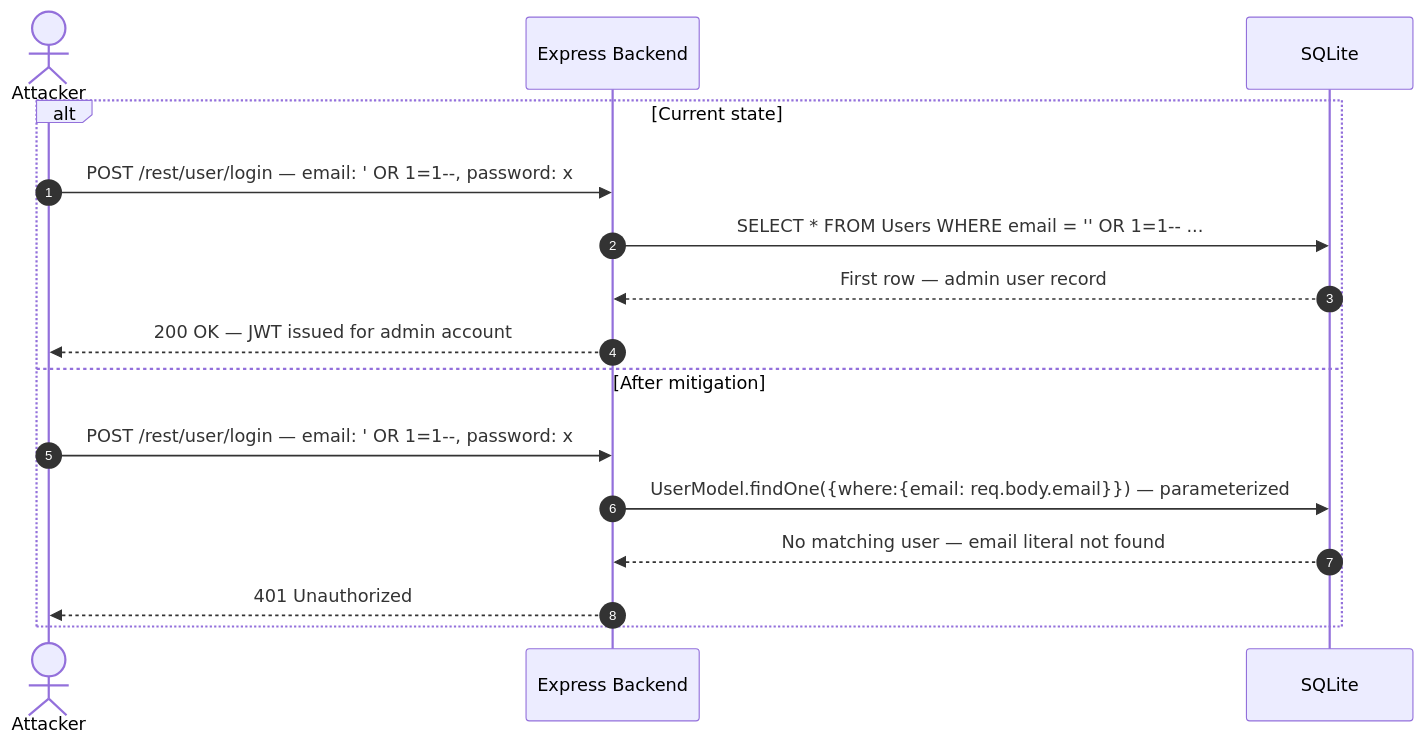
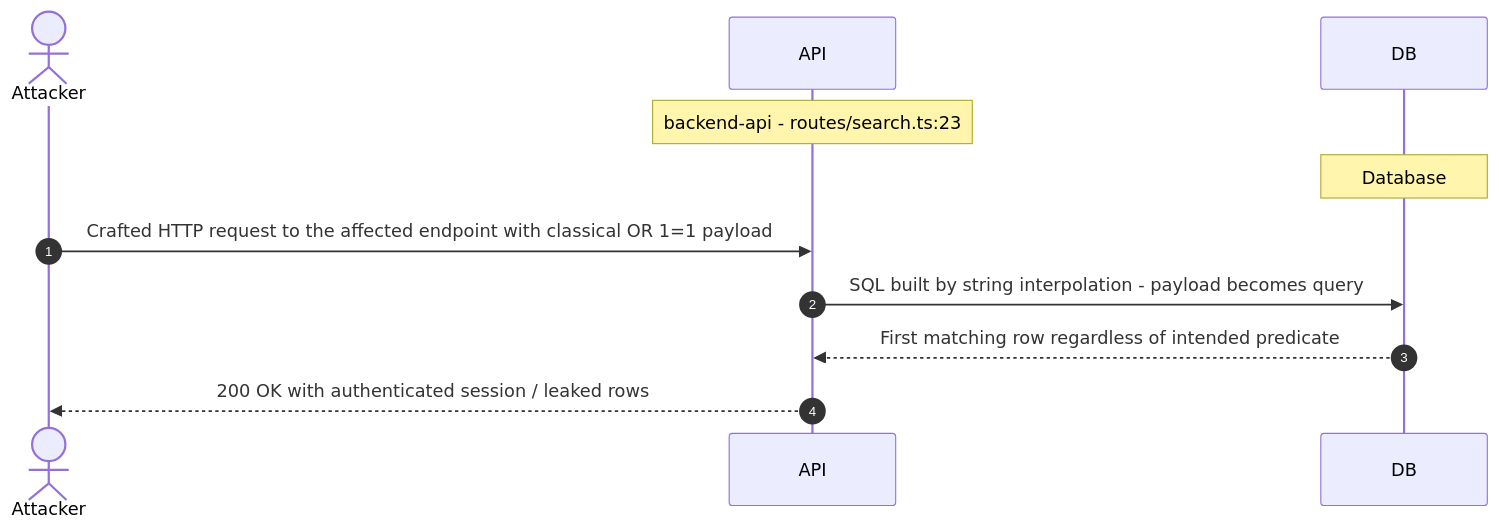
Diagram 11 of 19 in examples/threat-modeler/threat-model-juice-shop-standard.md (appsec-foundry/appsec-advisor), drawn with Mermaid before and after one commit. The commit also changed other lines of this file and 4 other files, not shown here.

````diff
--- a/examples/threat-modeler/threat-model-juice-shop-standard.md
+++ b/examples/threat-modeler/threat-model-juice-shop-standard.md
@@ -622,19 +601,13 @@
 ```mermaid
 sequenceDiagram
     autonumber
     actor Attacker
-    participant App as Express Backend
-    participant DB as SQLite
-
-    alt Current state
-        Attacker->>App: POST /rest/user/login — email: ' OR 1=1--, password: x
-        App->>DB: SELECT * FROM Users WHERE email = '' OR 1=1-- ...
-        DB-->>App: First row — admin user record
-        App-->>Attacker: 200 OK — JWT issued for admin account
-    else After mitigation
-        Attacker->>App: POST /rest/user/login — email: ' OR 1=1--, password: x
-        App->>DB: UserModel.findOne({where:{email: req.body.email}}) — parameterized
-        DB-->>App: No matching user — email literal not found
-        App-->>Attacker: 401 Unauthorized
-    end
+    participant API
+    participant DB
+    Note over API: backend-api - routes/search.ts:23
+    Note over DB: Database
+    Attacker->>API: Crafted HTTP request to the affected endpoint with classical OR 1=1 payload
+    API->>DB: SQL built by string interpolation - payload becomes query
+    DB-->>API: First matching row regardless of intended predicate
+    API-->>Attacker: 200 OK with authenticated session / leaked rows
 ```
````
